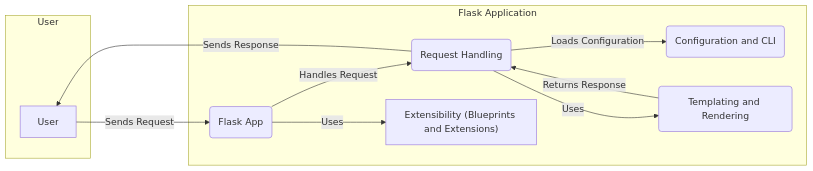
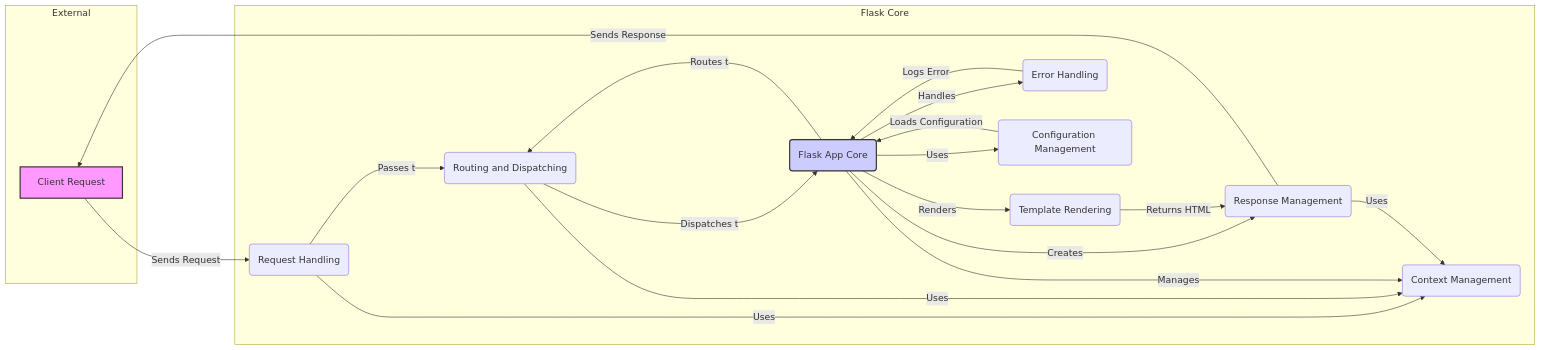
Before and after one commit to CodeBoarding/GeneratedOnBoardings: the diagram in flask/on_boarding.md, drawn with Mermaid. The commit also changed other lines of this file and 5 other files, not shown here.

````diff
--- a/flask/on_boarding.md
+++ b/flask/on_boarding.md
@@ -9,22 +9,36 @@
 ```mermaid
 graph LR
-    subgraph User
-        A[User]
+    subgraph "External"
+        A[Client Request]
     end
 
-    subgraph Flask Application
-        B(Flask App)
-        C(Request Handling)
-        D(Configuration and CLI)
-        E(Templating and Rendering)
-        F["Extensibility (Blueprints and Extensions)"]
+    subgraph "Flask Core"
+        B(Request Handling)
+        C(Routing and Dispatching)
+        D(Context Management)
+        E(Flask App Core)
+        F(Response Management)
+        G(Template Rendering)
+        H(Error Handling)
+        I(Configuration Management)
     end
 
     A--Sends Request-->B
-    B--Handles Request-->C
-    C--Loads Configuration-->D
-    C--Uses-->E
-    B--Uses-->F
-    E--Returns Response-->C
-    C--Sends Response-->A
+    B--Uses-->D
+    B--Passes to-->C
+    C--Uses-->D
+    C--Dispatches to-->E
+    E--Manages-->D
+    E--Uses-->I
+    E--Handles-->H
+    E--Routes to-->C
+    E--Renders-->G
+    E--Creates-->F
+    G--Returns HTML-->F
+    F--Uses-->D
+    F--Sends Response-->A
+    H--Logs Error-->E
+    I--Loads Configuration-->E
+    style A fill:#f9f,stroke:#333,stroke-width:2px
+    style E fill:#ccf,stroke:#333,stroke-width:2px
 ```
````
